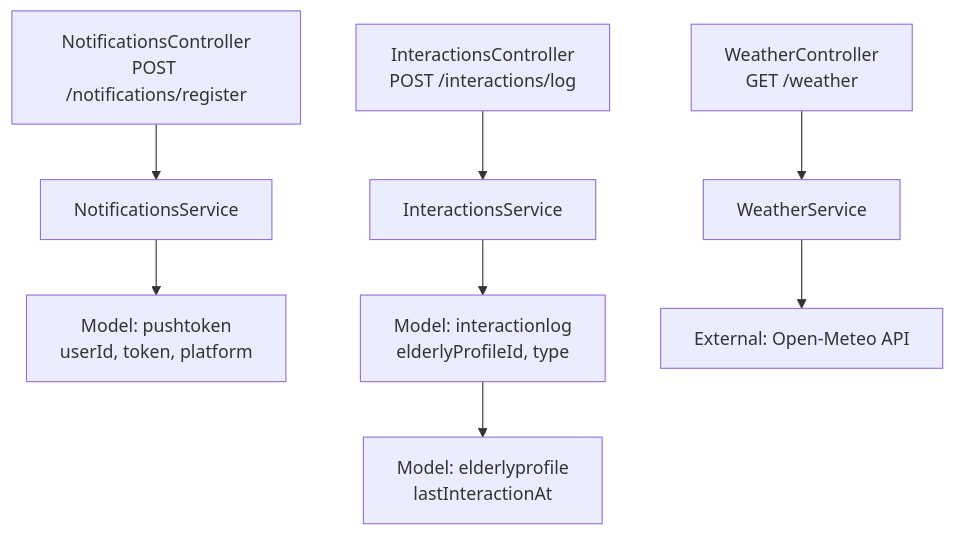
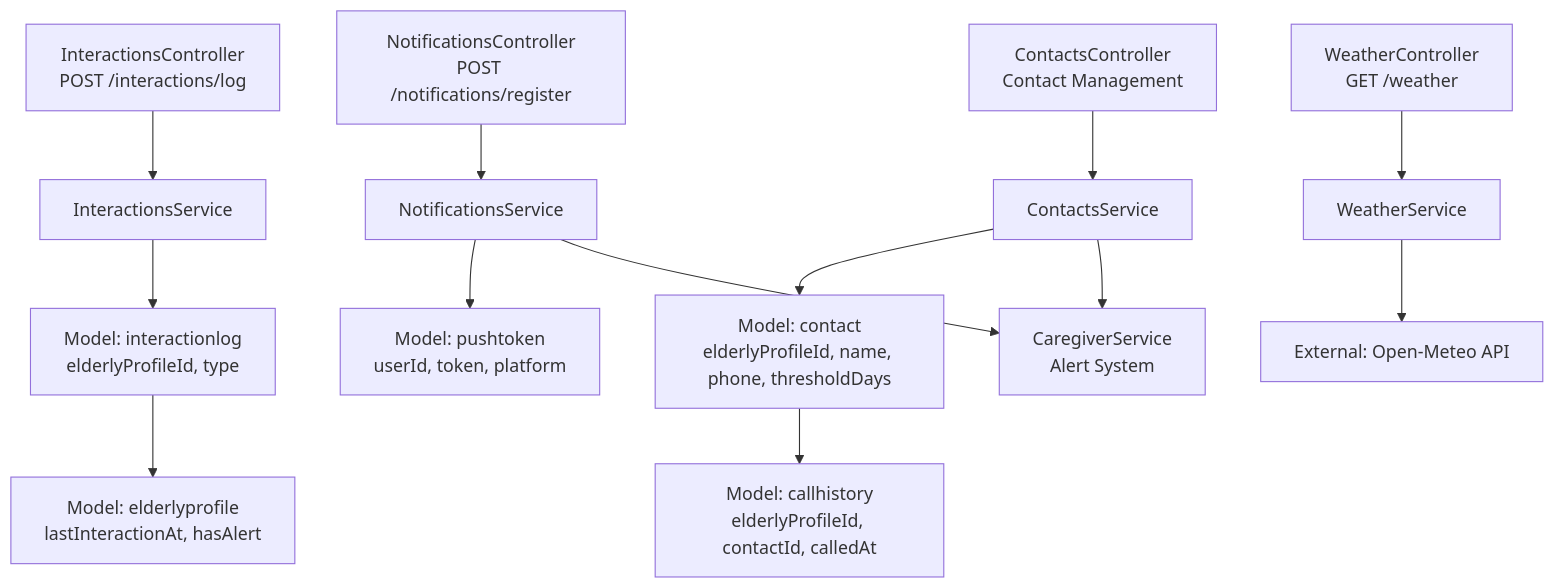
Before and after one commit to jairosouza67/99-Pai: the second of 9 diagrams in .qoder/repowiki/en/content/Communication Systems.md, drawn with Mermaid. The commit also changed other lines of this file and 17 other files, not shown here.

````diff
--- a/.qoder/repowiki/en/content/Communication Systems.md
+++ b/.qoder/repowiki/en/content/Communication Systems.md
@@ -90,16 +129,24 @@
 ```mermaid
 graph TB
 C_NOTIF["NotificationsController<br/>POST /notifications/register"]
 S_NOTIF["NotificationsService"]
 M_PUSHTOKEN["Model: pushtoken<br/>userId, token, platform"]
+C_CONTACTS["ContactsController<br/>Contact Management"]
+S_CONTACTS["ContactsService"]
+M_CONTACT["Model: contact<br/>elderlyProfileId, name, phone, thresholdDays"]
+M_CALLHIST["Model: callhistory<br/>elderlyProfileId, contactId, calledAt"]
 C_INTER["InteractionsController<br/>POST /interactions/log"]
 S_INTER["InteractionsService"]
 M_INTERLOG["Model: interactionlog<br/>elderlyProfileId, type"]
-M_EPROF["Model: elderlyprofile<br/>lastInteractionAt"]
+M_EPROF["Model: elderlyprofile<br/>lastInteractionAt, hasAlert"]
 C_WEATH["WeatherController<br/>GET /weather"]
 S_WEATH["WeatherService"]
 EXT["External: Open-Meteo API"]
+CAREG["CaregiverService<br/>Alert System"]
 C_NOTIF --> S_NOTIF --> M_PUSHTOKEN
+C_CONTACTS --> S_CONTACTS --> M_CONTACT --> M_CALLHIST
 C_INTER --> S_INTER --> M_INTERLOG --> M_EPROF
 C_WEATH --> S_WEATH --> EXT
+S_CONTACTS --> CAREG
+S_NOTIF --> CAREG
 ```
````
